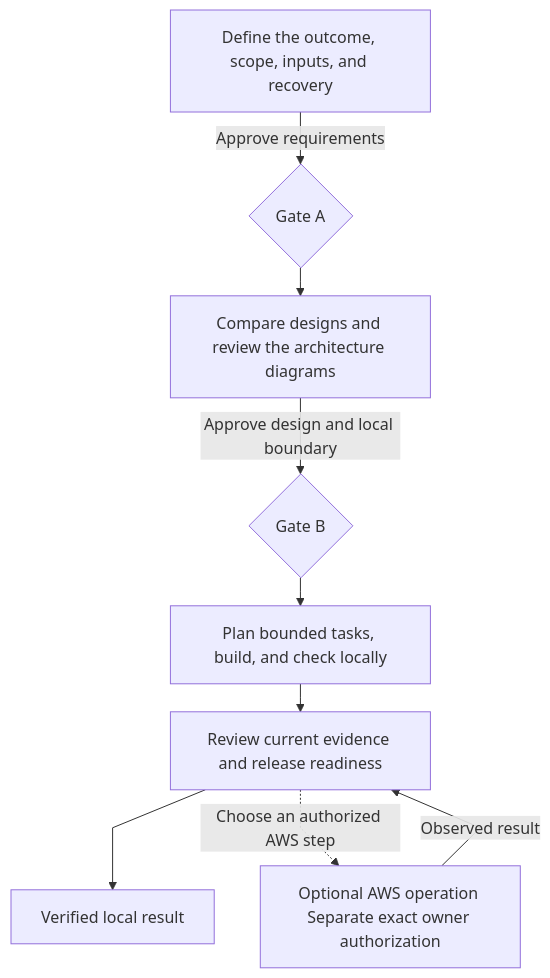
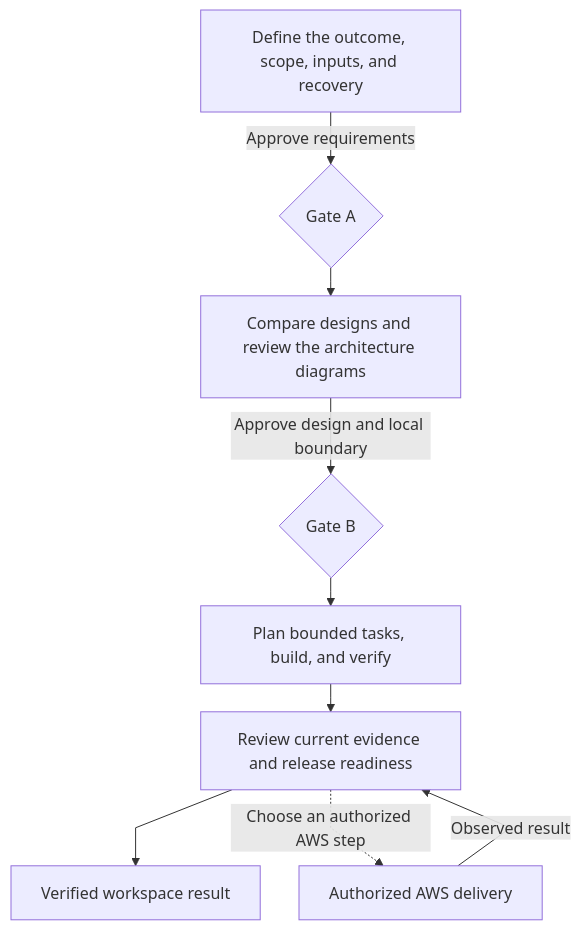
One commit to Levi-Breedlove/codex-aws-aidlc changed the first of 2 diagrams in docs/WORKFLOW.md. Above: the diagram before and after it, drawn with Mermaid. The commit also changed other lines of this file and 13 other files, not shown here.

````diff
--- a/docs/WORKFLOW.md
+++ b/docs/WORKFLOW.md
@@ -69,22 +73,22 @@
 ```mermaid
 %%{init: {"flowchart": {"curve": "linear", "nodeSpacing": 24, "rankSpacing": 28}, "themeVariables": {"fontSize": "16px"}}}%%
 flowchart TB
     accTitle: Fastlane customer delivery lifecycle
-    accDescr: Define the product and approve requirements at Gate A. Compare designs and review diagrams before approving design and bounded local construction at Gate B. Build and verify locally, then review the evidence. Optional AWS work needs a separate exact owner authorization and returns its observed results to release review.
+    accDescr: Approve requirements at Gate A, then design and bounded construction at Gate B. Build, verify, and review release evidence. Separately authorized AWS delivery returns observed results to review.
 
     DEFINE["Define the outcome, scope, inputs, and recovery"]
     GA{"Gate A"}
     DESIGN["Compare designs and review the architecture diagrams"]
     GB{"Gate B"}
-    BUILD["Plan bounded tasks, build, and check locally"]
+    BUILD["Plan bounded tasks, build, and verify"]
     REVIEW["Review current evidence and release readiness"]
-    LOCAL["Verified local result"]
-    AWS["Optional AWS operation Separate exact owner authorization"]
+    LOCAL["Verified workspace result"]
+    AWS["Authorized AWS delivery"]
 
     DEFINE -->|"Approve requirements"| GA
     GA --> DESIGN
     DESIGN -->|"Approve design and local boundary"| GB
     GB --> BUILD --> REVIEW --> LOCAL
     REVIEW -. "Choose an authorized AWS step" .-> AWS
     AWS -->|"Observed result"| REVIEW
 ```
````
